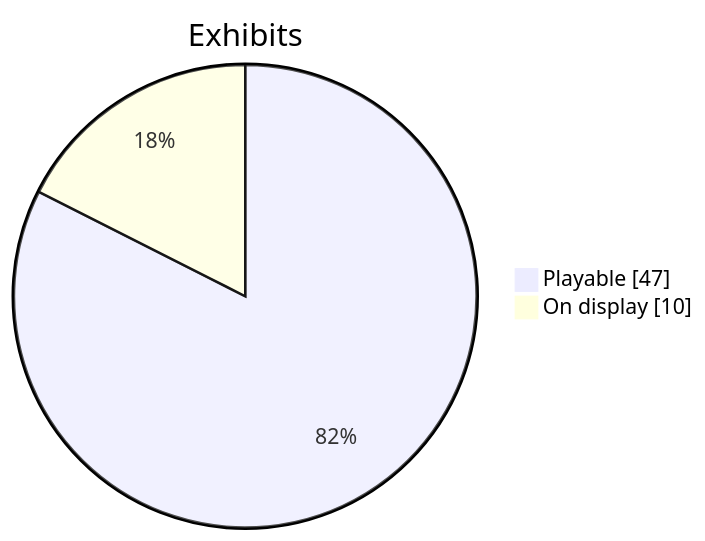
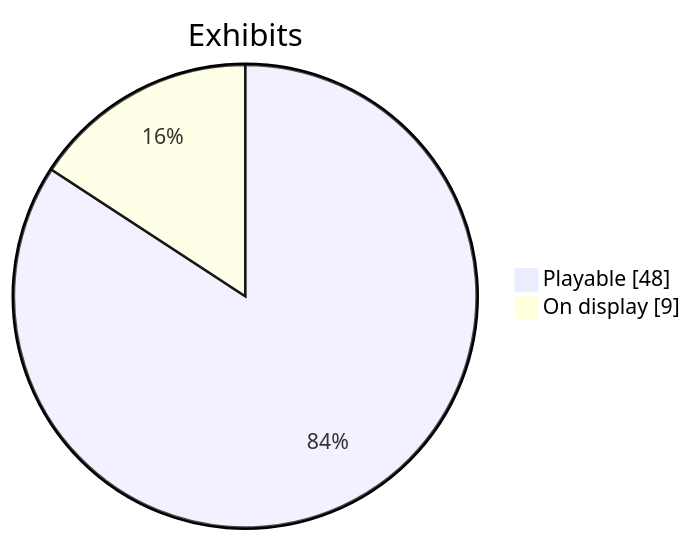
One commit to CptNope/Librarium-Archives changed the second of 2 diagrams in docs/roadmap.md. Above: the diagram before and after it, drawn with Mermaid. The commit also changed other lines of this file and 13 other files, not shown here.

````diff
--- a/docs/roadmap.md
+++ b/docs/roadmap.md
@@ -21,6 +22,6 @@
 ```mermaid
 pie showData
     title Exhibits
-    "Playable" : 47
-    "On display" : 10
+    "Playable" : 48
+    "On display" : 9
 ```
````
